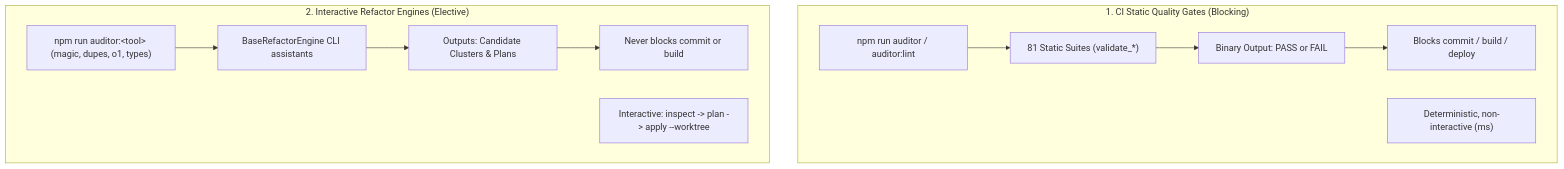
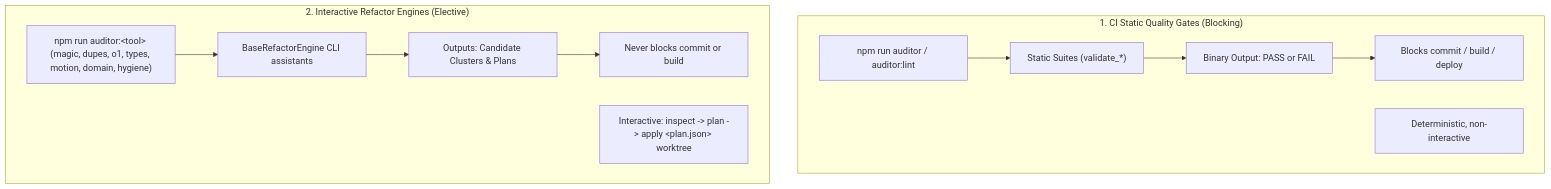
The first of 3 diagrams in .agents/skills/auditor/references/quality-gates-vs-refactor-engines.md (francogp/auditor), drawn with Mermaid before and after one commit. The commit also changed other lines of this file and 101 other files, not shown here.

First line of the commit message:
fix: modernize owned agent skills, DOX hierarchy, and CLI execution flows (v10.12.5)

````diff
--- a/.agents/skills/auditor/references/quality-gates-vs-refactor-engines.md
+++ b/.agents/skills/auditor/references/quality-gates-vs-refactor-engines.md
@@ -11,20 +11,20 @@
 ```mermaid
 flowchart TD
     subgraph CI["1. CI Static Quality Gates (Blocking)"]
         A["npm run auditor / auditor:lint"]
-        A1["81 Static Suites (validate_*)"]
+        A1["Static Suites (validate_*)"]
         A2["Binary Output: PASS or FAIL"]
         A3["Blocks commit / build / deploy"]
-        A4["Deterministic, non-interactive (ms)"]
+        A4["Deterministic, non-interactive"]
         A --> A1 --> A2 --> A3
     end
 
     subgraph REFACTOR["2. Interactive Refactor Engines (Elective)"]
-        B["npm run auditor:&lt;tool&gt; (magic, dupes, o1, types)"]
+        B["npm run auditor:&lt;tool&gt; (magic, dupes, o1, types, motion, domain, hygiene)"]
         B1["BaseRefactorEngine CLI assistants"]
         B2["Outputs: Candidate Clusters & Plans"]
         B3["Never blocks commit or build"]
-        B4["Interactive: inspect -&gt; plan -&gt; apply --worktree"]
+        B4["Interactive: inspect -&gt; plan -&gt; apply &lt;plan.json&gt; worktree"]
         B --> B1 --> B2 --> B3
     end
 ```
````
